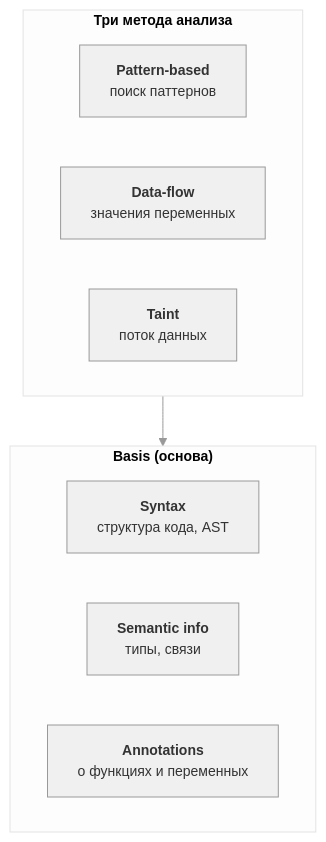
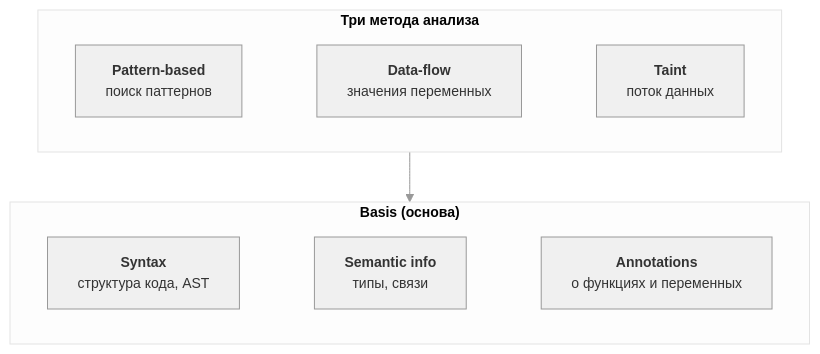
Before and after one commit to Otto-7/mcp: the second of 2 diagrams in docs/research/sast-basics.md, drawn with Mermaid.

````diff
--- a/docs/research/sast-basics.md
+++ b/docs/research/sast-basics.md
@@ -16,23 +16,27 @@
 ```mermaid
 %%{init: {'theme':'base', 'themeVariables': {
   'primaryColor': '#f0f0f0',
   'primaryTextColor': '#333333',
   'primaryBorderColor': '#999999',
   'lineColor': '#999999',
   'fontSize': '14px'
 }}}%%
 flowchart TD
     subgraph Methods["<b>Три метода анализа</b>"]
+        direction LR
         P["<b>Pattern-based</b><br/>поиск паттернов"]
         D["<b>Data-flow</b><br/>значения переменных"]
         T["<b>Taint</b><br/>поток данных"]
+        P ~~~ D ~~~ T
     end
 
     subgraph Basis["<b>Basis (основа)</b>"]
+        direction LR
         S["<b>Syntax</b><br/>структура кода, AST"]
         SI["<b>Semantic info</b><br/>типы, связи"]
         AN["<b>Annotations</b><br/>о функциях и переменных"]
+        S ~~~ SI ~~~ AN
     end
 
     Methods --> Basis
 ```
````
